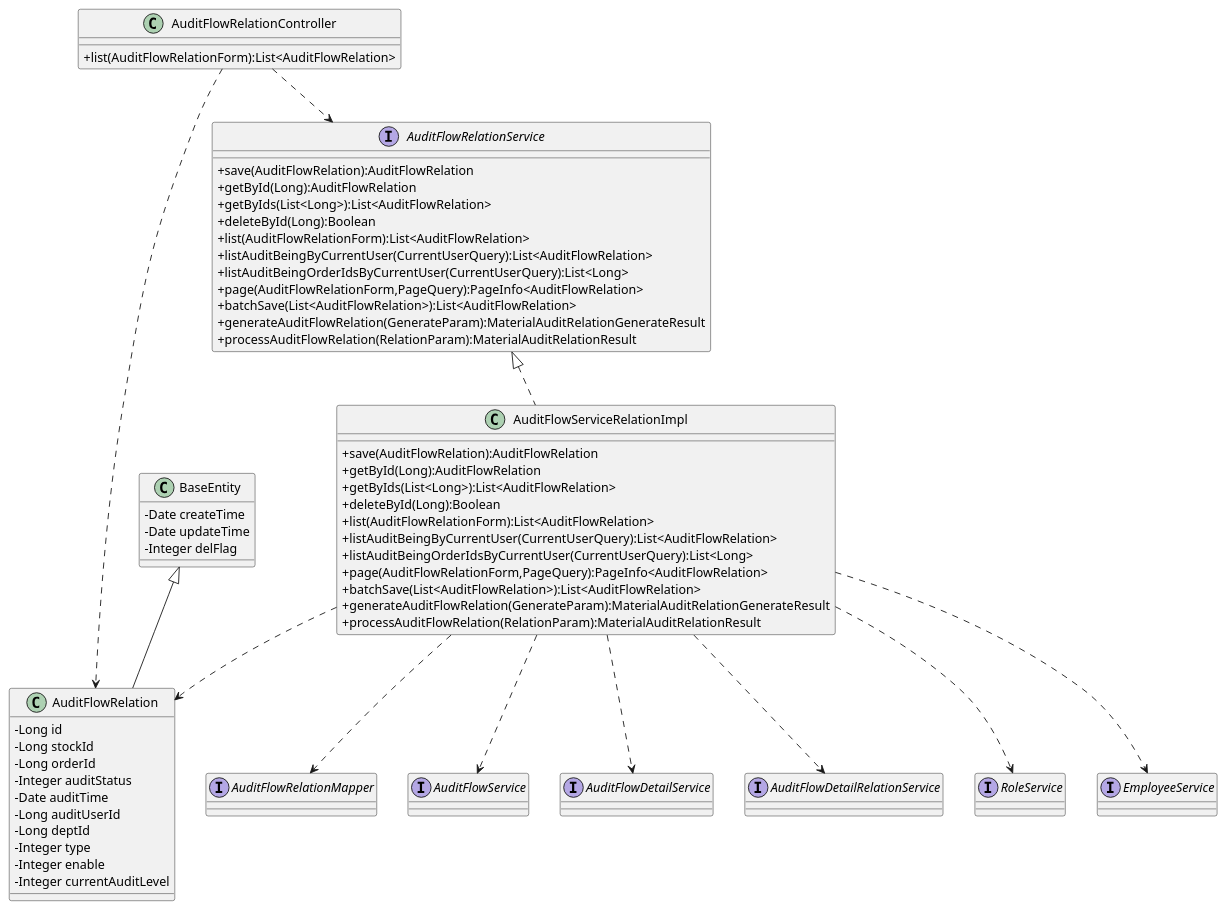
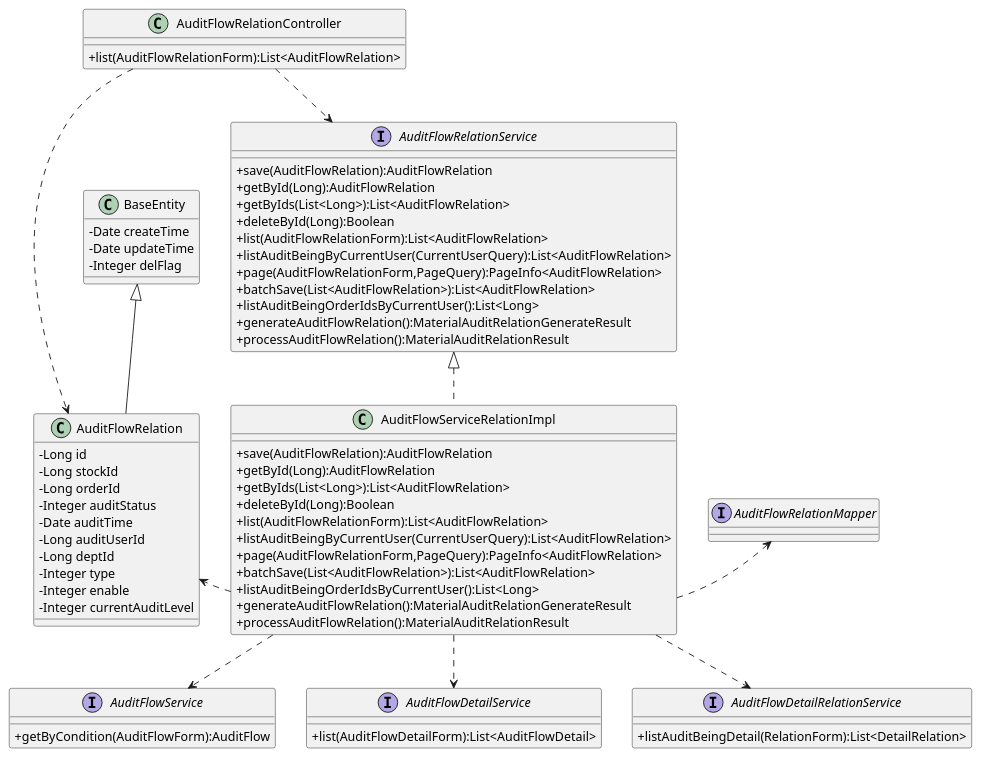
One commit to sicily621/matlink-server changed the diagram in auditFlowRelation.puml. Above: the diagram before and after it, drawn with PlantUML. The commit also changed 1 other file, not shown here.

```diff
--- a/auditFlowRelation.puml
+++ b/auditFlowRelation.puml
@@ -1,77 +1,83 @@
 @startuml
 skinparam classAttributeIconSize 0
+top to bottom direction
 interface AuditFlowRelationMapper {
 }
 class AuditFlowRelationController {
 +list(AuditFlowRelationForm):List<AuditFlowRelation>
 }
 
 
 interface AuditFlowRelationService {
 + save(AuditFlowRelation):AuditFlowRelation
 + getById(Long):AuditFlowRelation
 + getByIds(List<Long>):List<AuditFlowRelation>
 + deleteById(Long):Boolean
 + list(AuditFlowRelationForm):List<AuditFlowRelation>
 + listAuditBeingByCurrentUser(CurrentUserQuery):List<AuditFlowRelation>
-+ listAuditBeingOrderIdsByCurrentUser(CurrentUserQuery):List<Long>
 + page(AuditFlowRelationForm,PageQuery):PageInfo<AuditFlowRelation>
 + batchSave(List<AuditFlowRelation>):List<AuditFlowRelation>
-+ generateAuditFlowRelation(GenerateParam):MaterialAuditRelationGenerateResult
-+ processAuditFlowRelation(RelationParam):MaterialAuditRelationResult
++ listAuditBeingOrderIdsByCurrentUser():List<Long>
++ generateAuditFlowRelation():MaterialAuditRelationGenerateResult
++ processAuditFlowRelation():MaterialAuditRelationResult
 }
 
 
 class AuditFlowServiceRelationImpl {
 + save(AuditFlowRelation):AuditFlowRelation
 + getById(Long):AuditFlowRelation
 + getByIds(List<Long>):List<AuditFlowRelation>
 + deleteById(Long):Boolean
 + list(AuditFlowRelationForm):List<AuditFlowRelation>
 + listAuditBeingByCurrentUser(CurrentUserQuery):List<AuditFlowRelation>
-+ listAuditBeingOrderIdsByCurrentUser(CurrentUserQuery):List<Long>
 + page(AuditFlowRelationForm,PageQuery):PageInfo<AuditFlowRelation>
 + batchSave(List<AuditFlowRelation>):List<AuditFlowRelation>
-+ generateAuditFlowRelation(GenerateParam):MaterialAuditRelationGenerateResult
-+ processAuditFlowRelation(RelationParam):MaterialAuditRelationResult
++ listAuditBeingOrderIdsByCurrentUser():List<Long>
++ generateAuditFlowRelation():MaterialAuditRelationGenerateResult
++ processAuditFlowRelation():MaterialAuditRelationResult
 }
 
 
 class AuditFlowRelation {
 - Long id
 - Long stockId
 - Long orderId
 - Integer auditStatus
 - Date auditTime
 - Long auditUserId
 - Long deptId
 - Integer type
 - Integer enable
 - Integer currentAuditLevel
 }
 
 class BaseEntity {
 - Date createTime
 - Date updateTime
 - Integer delFlag
 }
+
+interface AuditFlowService{
++ getByCondition(AuditFlowForm):AuditFlow
+}
+interface AuditFlowDetailService{
++ list(AuditFlowDetailForm):List<AuditFlowDetail>
+}
+interface AuditFlowDetailRelationService{
++ listAuditBeingDetail(RelationForm):List<DetailRelation>
+}
+
 interface AuditFlowRelationMapper {
 }
-interface AuditFlowService{}
-interface AuditFlowDetailService{}
-interface AuditFlowDetailRelationService{}
-interface RoleService{}
-interface EmployeeService{}
-
 AuditFlowRelationController ..> AuditFlowRelationService
 AuditFlowRelationController ..> AuditFlowRelation
 AuditFlowRelationService <|.. AuditFlowServiceRelationImpl
 BaseEntity <|-- AuditFlowRelation
 AuditFlowServiceRelationImpl ..> AuditFlowRelationMapper
 AuditFlowServiceRelationImpl ..> AuditFlowRelation
 AuditFlowServiceRelationImpl ..> AuditFlowDetailService
 AuditFlowServiceRelationImpl ..> AuditFlowDetailRelationService
-AuditFlowServiceRelationImpl ..> RoleService
-AuditFlowServiceRelationImpl ..> EmployeeService
 AuditFlowServiceRelationImpl ..> AuditFlowService
+AuditFlowRelationMapper.[hidden] AuditFlowServiceRelationImpl
+AuditFlowRelation.[hidden] AuditFlowServiceRelationImpl
 @enduml
```
